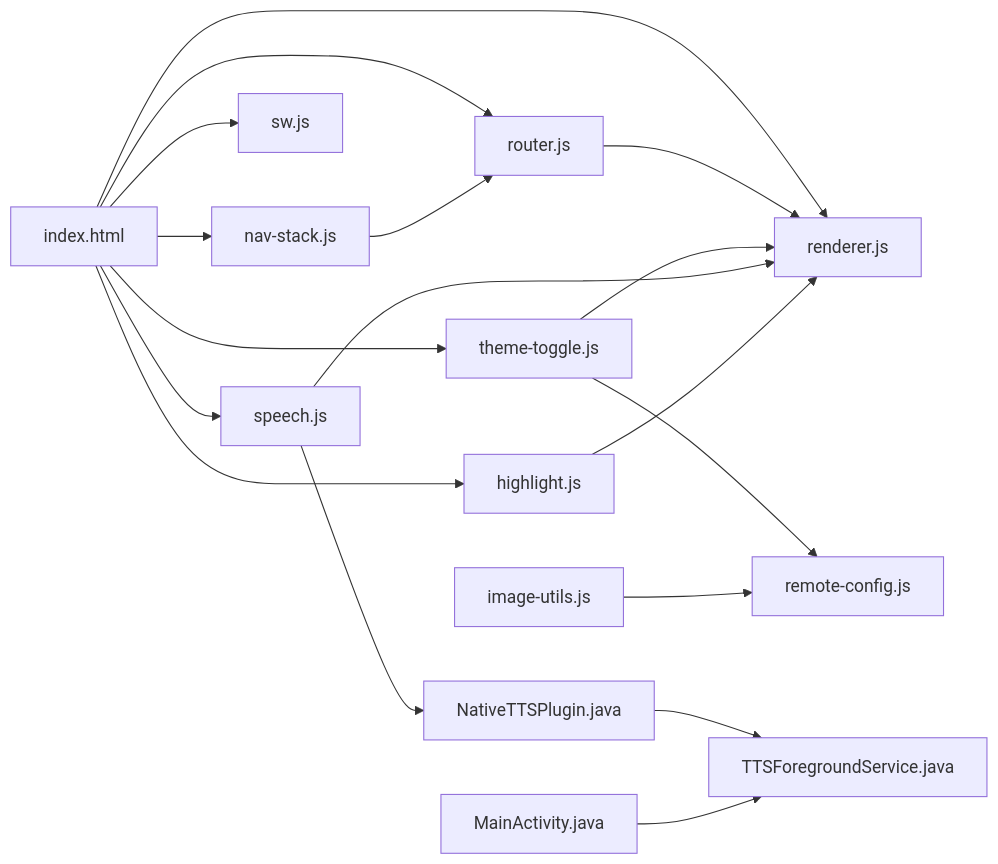
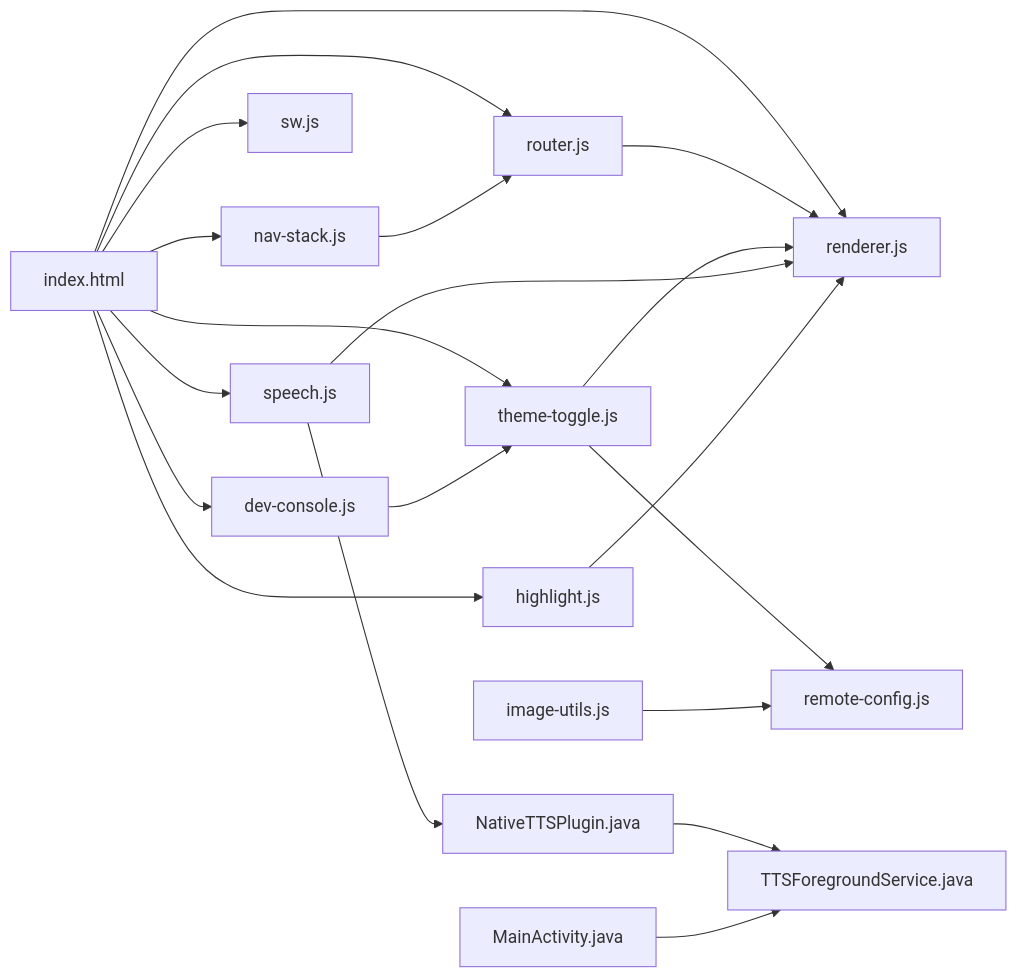
Diagram 13 of 13 in .qoder/repowiki/zh/content/高级功能/前端功能.md (zhao-zg/cx), drawn with Mermaid before and after one commit. The commit also changed other lines of this file and 44 other files, not shown here.

````diff
--- a/.qoder/repowiki/zh/content/高级功能/前端功能.md
+++ b/.qoder/repowiki/zh/content/高级功能/前端功能.md
@@ -550,20 +591,22 @@
 ```mermaid
 graph LR
 IDX["index.html"] --> R["router.js"]
 IDX --> RN["renderer.js"]
 IDX --> ST["theme-toggle.js"]
 IDX --> SP["speech.js"]
 IDX --> HL["highlight.js"]
 IDX --> NS["nav-stack.js"]
 IDX --> SW["sw.js"]
+IDX --> DC["dev-console.js"]
 R --> RN
 ST --> RN
 SP --> RN
 HL --> RN
 NS --> R
 ST --> RC["remote-config.js"]
 IU["image-utils.js"] --> RC
 SP --> NTP["NativeTTSPlugin.java"]
 NTP --> TFS["TTSForegroundService.java"]
 MA["MainActivity.java"] --> TFS
+DC --> ST
 ```
````
